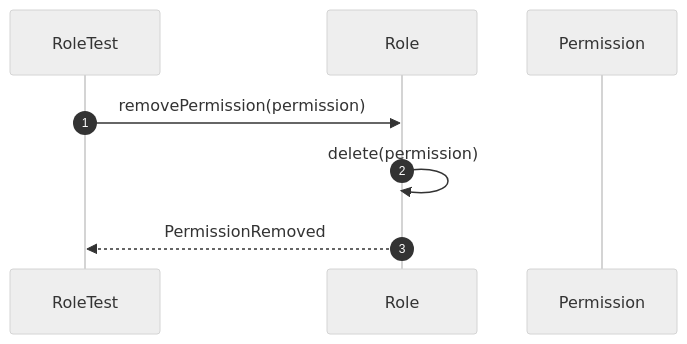
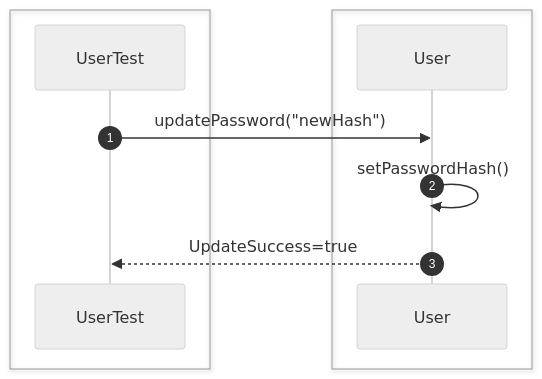
Before and after one commit to Huy1801214/dbms-architecture: diagram 12 of 35 in src/sequence/security.md, drawn with Mermaid (neutral theme). The commit also changed other lines of this file and 10 other files, not shown here.

Commit message:
add comprehensive sequence diagrams and documentation for system architecture and unit testing specifications

````diff
--- a/src/sequence/security.md
+++ b/src/sequence/security.md
@@ -185,13 +220,15 @@
-```mermaid 
+```mermaid
 sequenceDiagram
     autonumber
-    participant Test as RoleTest
-    participant Role
-    participant Permission
 
-    Test->>Role: removePermission(permission)
+    box #e1f5fe Test Suite
+    participant Test as UserTest
+    end
+    box #e3f2fd Security Components
+    participant User as User
+    end
 
-    Role->>Role: delete(permission)
-
-    Role-->>Test: PermissionRemoved
+    Test->>User: updatePassword("newHash")
+    User->>User: setPasswordHash()
+    User-->>Test: UpdateSuccess=true
 ```
````
